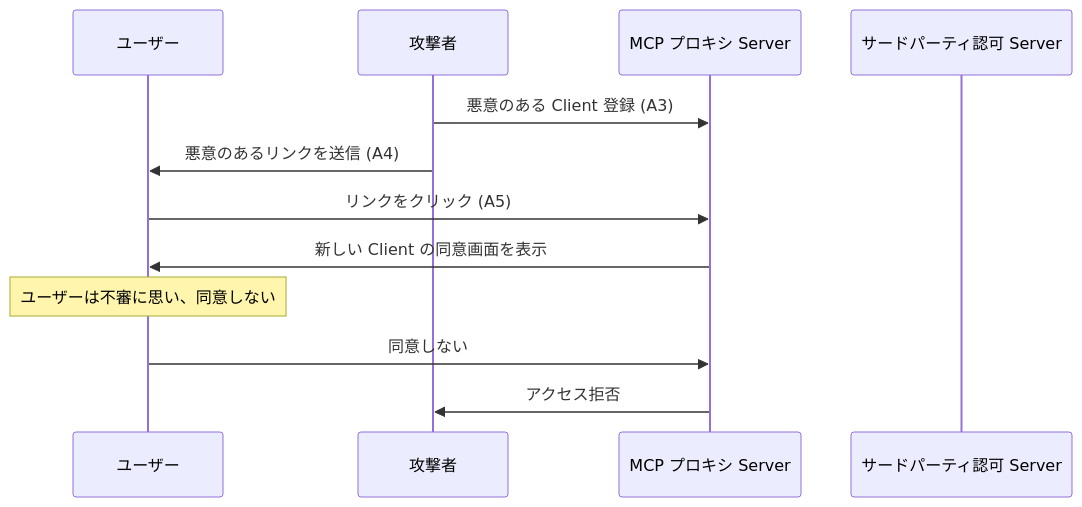
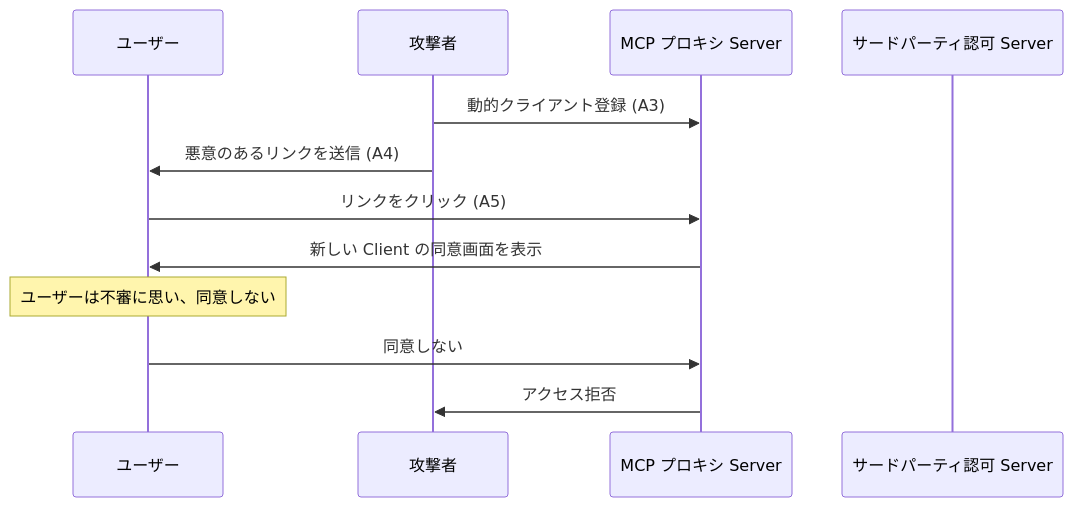
Before and after one commit to littlemex/zenn: the third of 5 diagrams in books/security-of-the-mcp/chapter15.md, drawn with Mermaid. The commit also changed other lines of this file, not shown here.

````diff
--- a/books/security-of-the-mcp/chapter15.md
+++ b/books/security-of-the-mcp/chapter15.md
@@ -136,15 +136,15 @@
 ```mermaid
 sequenceDiagram
     participant User as ユーザー
     participant Attacker as 攻撃者
     participant MCP as MCP プロキシ Server
     participant Auth as サードパーティ認可 Server
 
-    Attacker->>MCP: 悪意のある Client 登録 (A3)
+    Attacker->>MCP: 動的クライアント登録 (A3)
     Attacker->>User: 悪意のあるリンクを送信 (A4)
     User->>MCP: リンクをクリック (A5)
     MCP->>User: 新しい Client の同意画面を表示
     Note over User: ユーザーは不審に思い、同意しない
     User->>MCP: 同意しない
     MCP->>Attacker: アクセス拒否
 ```
````
